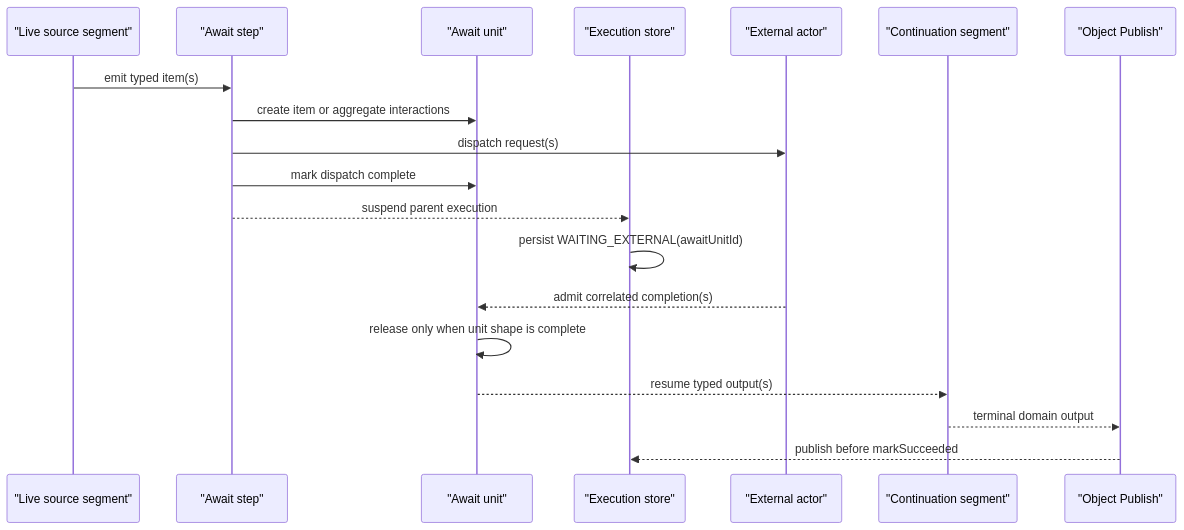
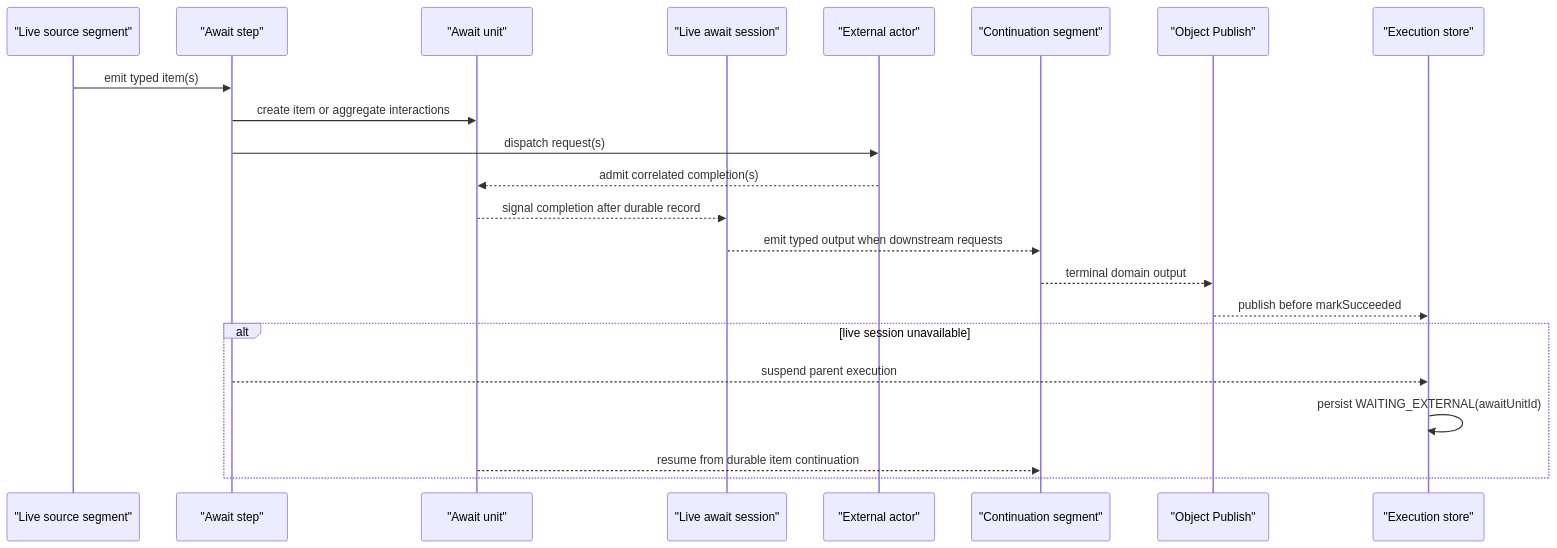
One commit to The-Pipeline-Framework/pipelineframework changed the diagram in docs/design/await-boundaries.md. Above: the diagram before and after it, drawn with Mermaid. The commit also changed other lines of this file and 32 other files, not shown here.

Commit message:
Make CSV await completions flow live

````diff
--- a/docs/design/await-boundaries.md
+++ b/docs/design/await-boundaries.md
@@ -78,22 +79,25 @@
 ```mermaid
 sequenceDiagram
     participant Source as "Live source segment"
     participant Await as "Await step"
     participant Unit as "Await unit"
-    participant Store as "Execution store"
+    participant Live as "Live await session"
     participant External as "External actor"
     participant Continue as "Continuation segment"
     participant Publish as "Object Publish"
+    participant Store as "Execution store"
 
     Source->>Await: emit typed item(s)
     Await->>Unit: create item or aggregate interactions
     Await->>External: dispatch request(s)
-    Await->>Unit: mark dispatch complete
-    Await-->>Store: suspend parent execution
-    Store->>Store: persist WAITING_EXTERNAL(awaitUnitId)
     External-->>Unit: admit correlated completion(s)
-    Unit->>Unit: release only when unit shape is complete
-    Unit-->>Continue: resume typed output(s)
+    Unit-->>Live: signal completion after durable record
+    Live-->>Continue: emit typed output when downstream requests
     Continue-->>Publish: terminal domain output
     Publish-->>Store: publish before markSucceeded
+    alt live session unavailable
+      Await-->>Store: suspend parent execution
+      Store->>Store: persist WAITING_EXTERNAL(awaitUnitId)
+      Unit-->>Continue: resume from durable item continuation
+    end
 ```
````
